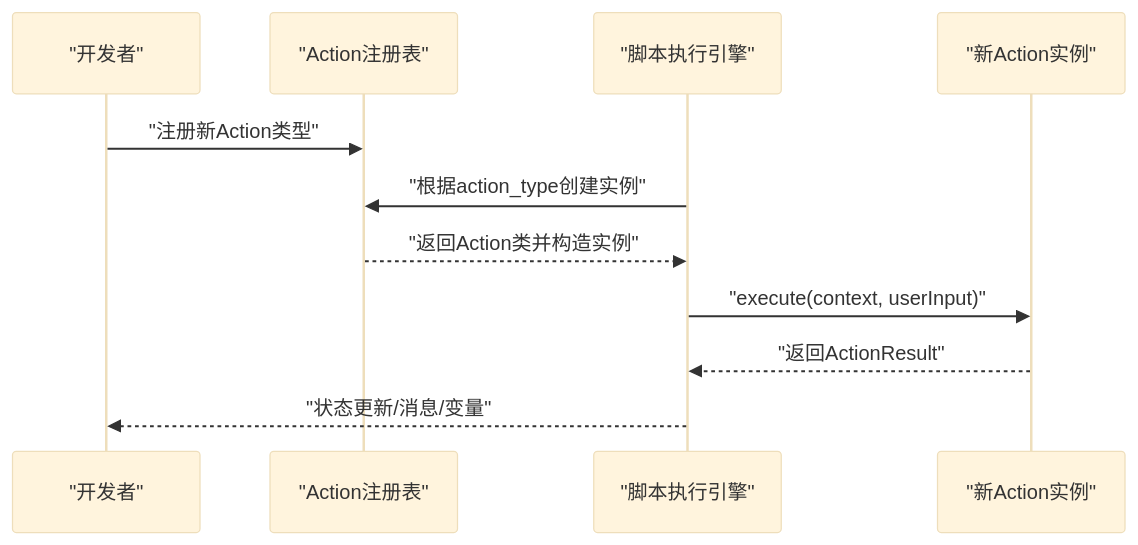
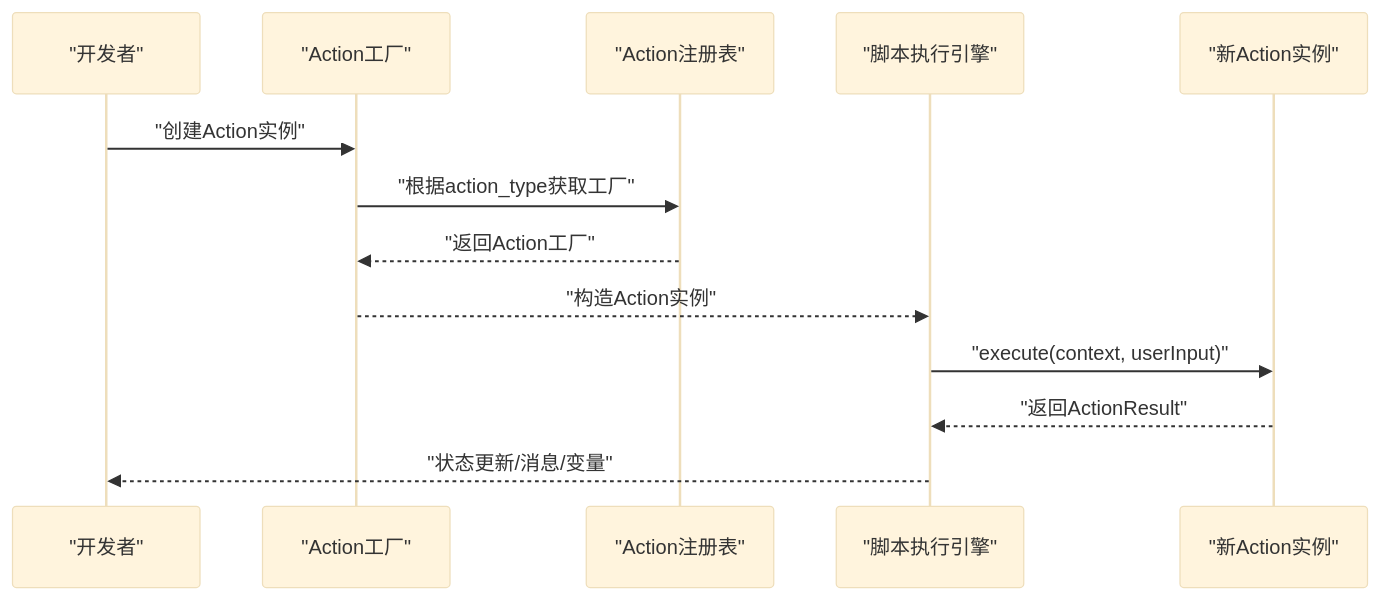
One commit to EverettCamus/HeartRule-Qoder changed the fourth of 14 diagrams in .qoder/repowiki/zh/content/开发指南/开发指南.md. Above: the diagram before and after it, drawn with Mermaid (base theme). The commit also changed other lines of this file and 8 other files, not shown here.

````diff
--- a/.qoder/repowiki/zh/content/开发指南/开发指南.md
+++ b/.qoder/repowiki/zh/content/开发指南/开发指南.md
@@ -190,13 +227,15 @@
 ```mermaid
 sequenceDiagram
 participant Dev as "开发者"
+participant Factory as "Action工厂"
 participant Registry as "Action注册表"
 participant Engine as "脚本执行引擎"
 participant Action as "新Action实例"
-Dev->>Registry : "注册新Action类型"
-Engine->>Registry : "根据action_type创建实例"
-Registry-->>Engine : "返回Action类并构造实例"
+Dev->>Factory : "创建Action实例"
+Factory->>Registry : "根据action_type获取工厂"
+Registry-->>Factory : "返回Action工厂"
+Factory-->>Engine : "构造Action实例"
 Engine->>Action : "execute(context, userInput)"
 Action-->>Engine : "返回ActionResult"
 Engine-->>Dev : "状态更新/消息/变量"
 ```
````
